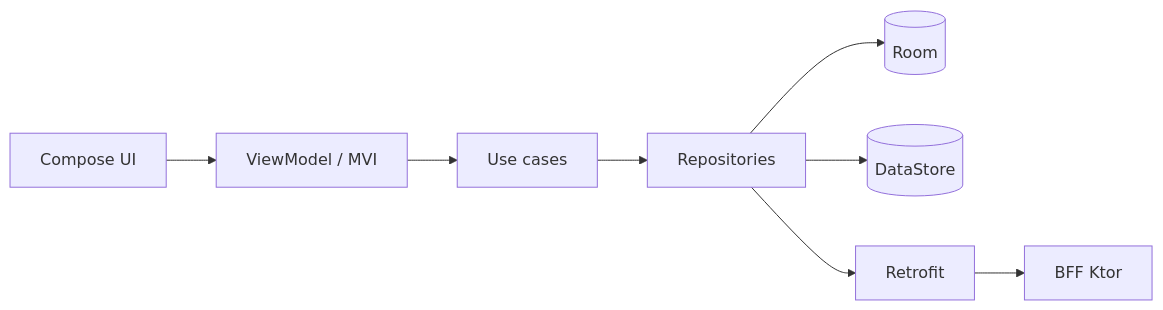
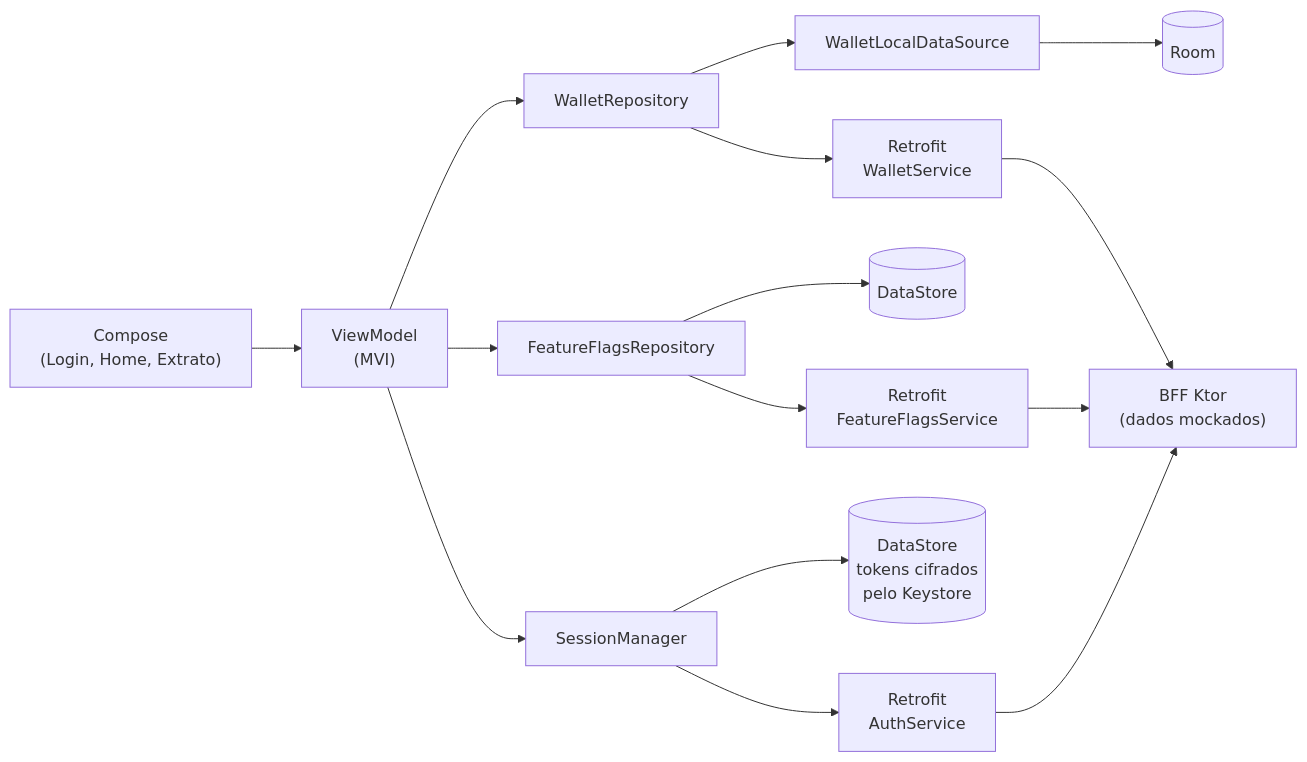
Before and after one commit to rodrigopupe/benewallet-android: the diagram in README.md, drawn with Mermaid. The commit also changed other lines of this file and 5 other files, not shown here.

````diff
--- a/README.md
+++ b/README.md
@@ -30,10 +64,17 @@
 ```mermaid
 flowchart LR
-    UI[Compose UI] --> VM[ViewModel / MVI]
-    VM --> UC[Use cases]
-    UC --> REPO[Repositories]
-    REPO --> DB[(Room)]
-    REPO --> DS[(DataStore)]
-    REPO --> API[Retrofit]
-    API --> BFF[BFF Ktor]
+    UI["Compose<br/>(Login, Home, Extrato)"] --> VM["ViewModel<br/>(MVI)"]
+    VM --> REPO["WalletRepository"]
+    VM --> FLAGS["FeatureFlagsRepository"]
+    REPO --> LOCAL["WalletLocalDataSource"]
+    LOCAL --> DB[(Room)]
+    REPO --> API["Retrofit<br/>WalletService"]
+    FLAGS --> DS[(DataStore)]
+    FLAGS --> API2["Retrofit<br/>FeatureFlagsService"]
+    API --> BFF["BFF Ktor<br/>(dados mockados)"]
+    API2 --> BFF
+    VM --> SESSION["SessionManager"]
+    SESSION --> TOKENS[(DataStore<br/>tokens cifrados<br/>pelo Keystore)]
+    SESSION --> AUTH["Retrofit<br/>AuthService"]
+    AUTH --> BFF
 ```
````
